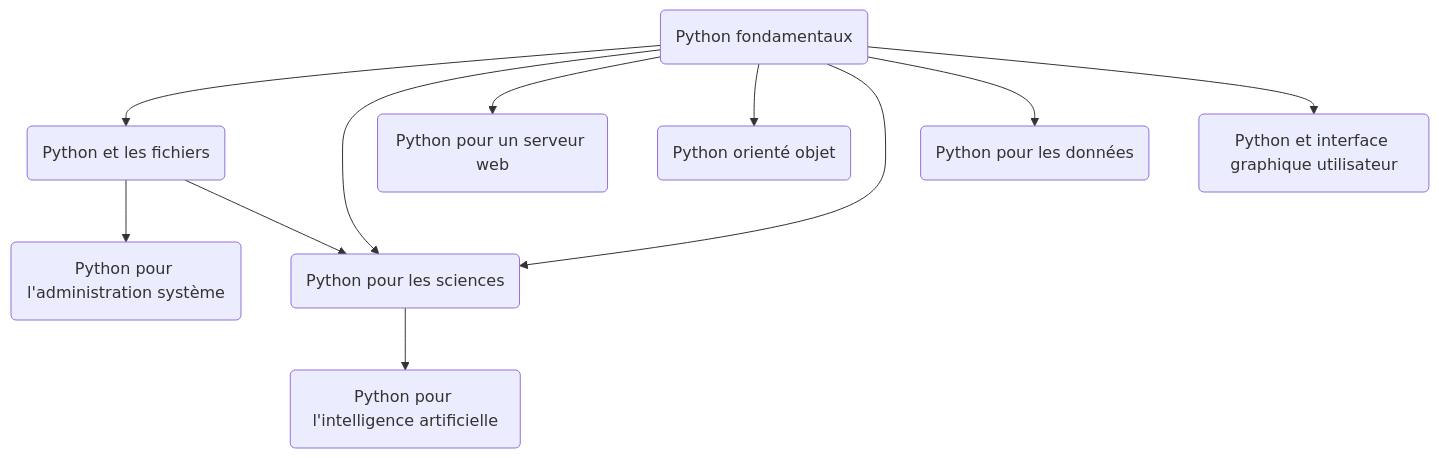
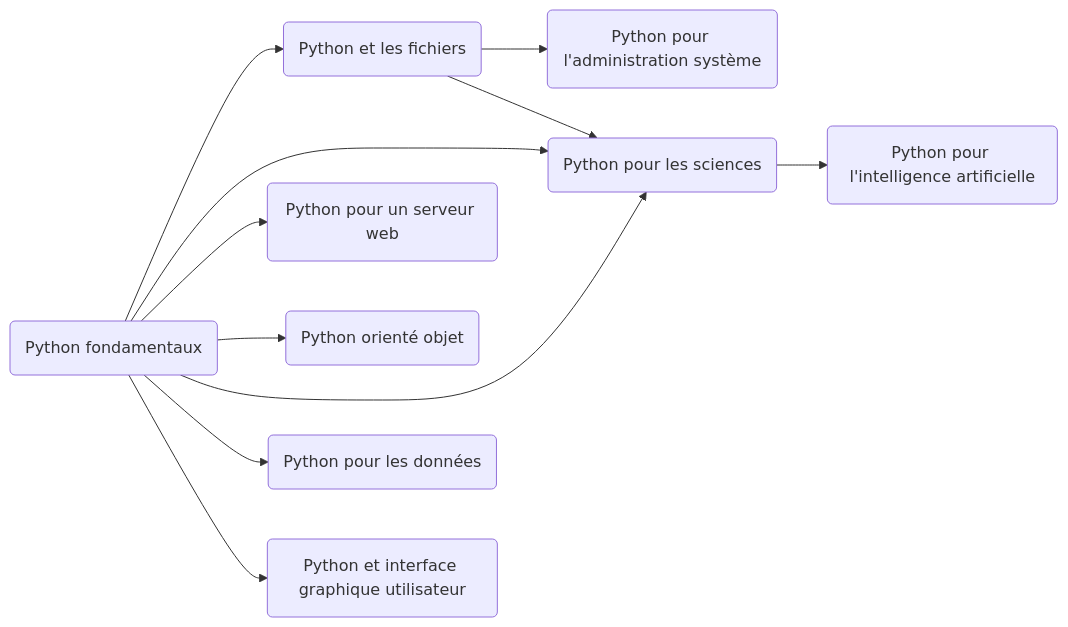
The first of 3 diagrams in README.md (jorisdeguet/INF1), drawn with Mermaid before and after one commit. The commit also changed other lines of this file, not shown here.

Commit message:
Tests mermaids

````diff
--- a/README.md
+++ b/README.md
@@ -27,20 +27,20 @@
 ```mermaid
-flowchart TD;
+flowchart LR;
     core(Python fondamentaux)
     objet(Python orienté objet)
     fichiers(Python et les fichiers)
     web(Python pour un serveur web)
     sciences(Python pour les sciences)
     admin(Python pour l'administration système)
     data(Python pour les données)
     ai(Python pour l'intelligence artificielle)
     ui(Python et interface graphique utilisateur)
     core-->fichiers-->admin
     core-->sciences
     core-->web
     core-->objet
     fichiers-->sciences
     core-->sciences-->ai
     core-->data
     core-->ui
 ```
````
